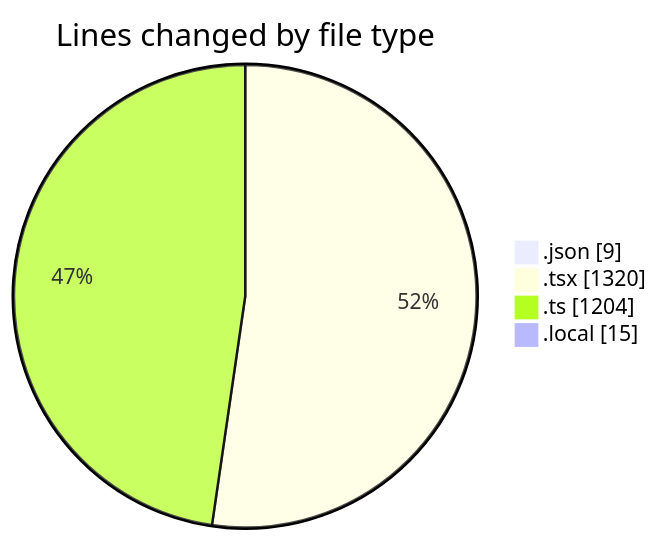
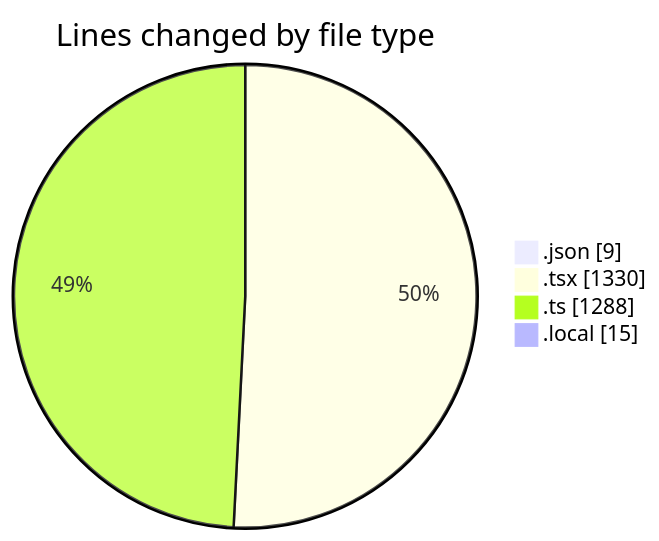
One commit to julien-gomy/code-tracking changed the first of 2 diagrams in 2025-10-27/eventscop-frontend-guide__workspace_/README.md. Above: the diagram before and after it, drawn with Mermaid. The commit also changed other lines of this file and 1 other file, not shown here.

````diff
--- a/2025-10-27/eventscop-frontend-guide__workspace_/README.md
+++ b/2025-10-27/eventscop-frontend-guide__workspace_/README.md
@@ -31,8 +32,8 @@
 ```mermaid
 pie showData
 title Lines changed by file type
 ".json" : 9
-".tsx" : 1320
-".ts" : 1204
+".tsx" : 1330
+".ts" : 1288
 ".local" : 15
 ```
````
